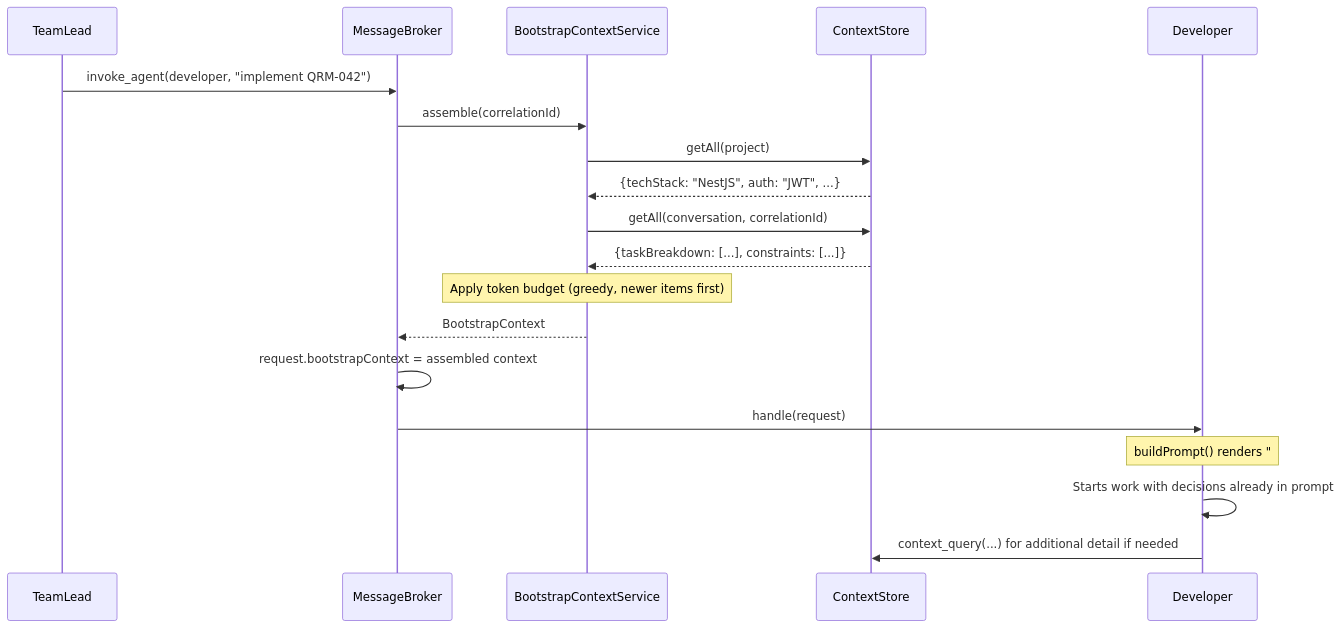
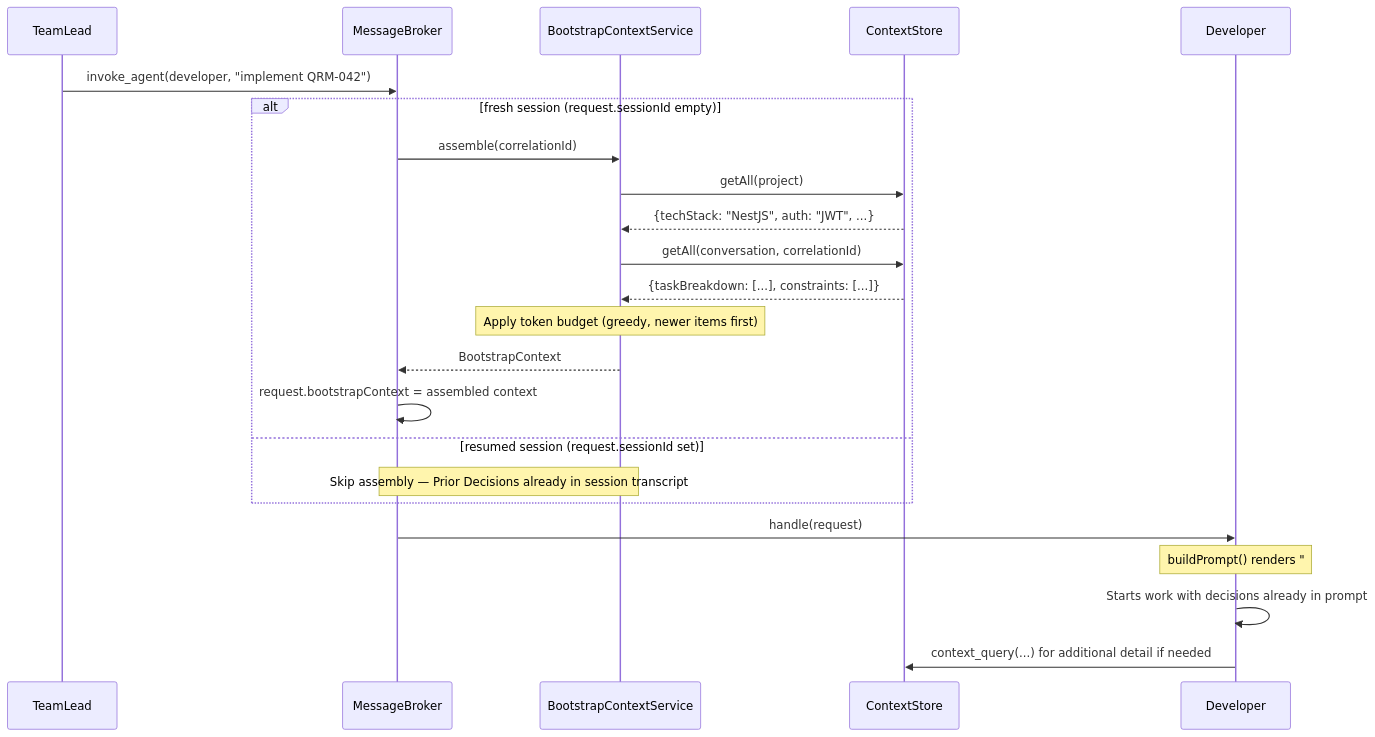
The fifth of 5 diagrams in docs/context-management.md (ia64mail/quorum), drawn with Mermaid before and after one commit. The commit also changed other lines of this file and 2 other files, not shown here.

Commit message:
QRM6-BUG-014: add `bootstrapContext` to schema and enforce bidirectional guard to prevent field drift

````diff
--- a/docs/context-management.md
+++ b/docs/context-management.md
@@ -312,26 +312,30 @@
 ```mermaid
 sequenceDiagram
     participant TL as TeamLead
     participant B as MessageBroker
     participant BCS as BootstrapContextService
     participant CS as ContextStore
     participant D as Developer
 
     TL->>B: invoke_agent(developer, "implement QRM-042")
 
-    B->>BCS: assemble(correlationId)
-    BCS->>CS: getAll(project)
-    CS-->>BCS: {techStack: "NestJS", auth: "JWT", ...}
-    BCS->>CS: getAll(conversation, correlationId)
-    CS-->>BCS: {taskBreakdown: [...], constraints: [...]}
-    Note over BCS: Apply token budget (greedy, newer items first)
-    BCS-->>B: BootstrapContext
+    alt fresh session (request.sessionId empty)
+        B->>BCS: assemble(correlationId)
+        BCS->>CS: getAll(project)
+        CS-->>BCS: {techStack: "NestJS", auth: "JWT", ...}
+        BCS->>CS: getAll(conversation, correlationId)
+        CS-->>BCS: {taskBreakdown: [...], constraints: [...]}
+        Note over BCS: Apply token budget (greedy, newer items first)
+        BCS-->>B: BootstrapContext
 
-    B->>B: request.bootstrapContext = assembled context
+        B->>B: request.bootstrapContext = assembled context
+    else resumed session (request.sessionId set)
+        Note over B,BCS: Skip assembly — Prior Decisions already in session transcript
+    end
     B->>D: handle(request)
 
     Note over D: buildPrompt() renders "## Prior Decisions"<br/>with ### Project Context and ### Conversation Context
 
     D->>D: Starts work with decisions already in prompt
     D->>CS: context_query(...) for additional detail if needed
 ```
````
